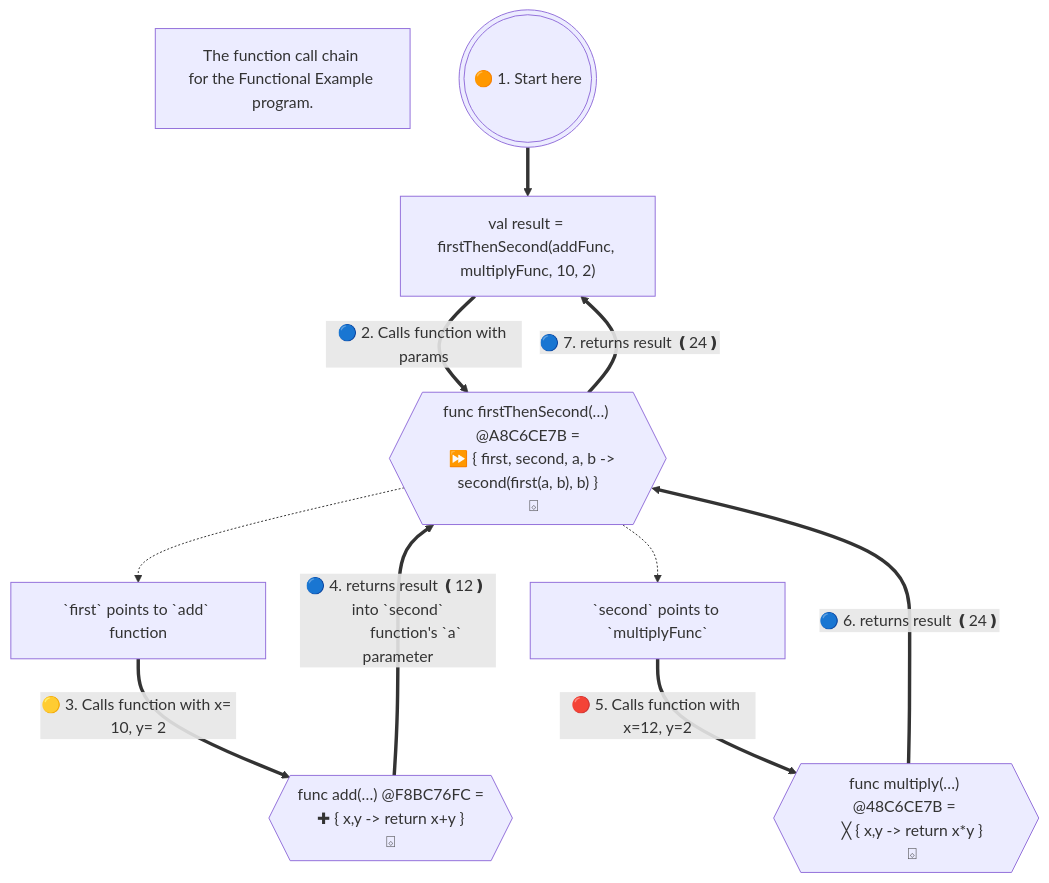
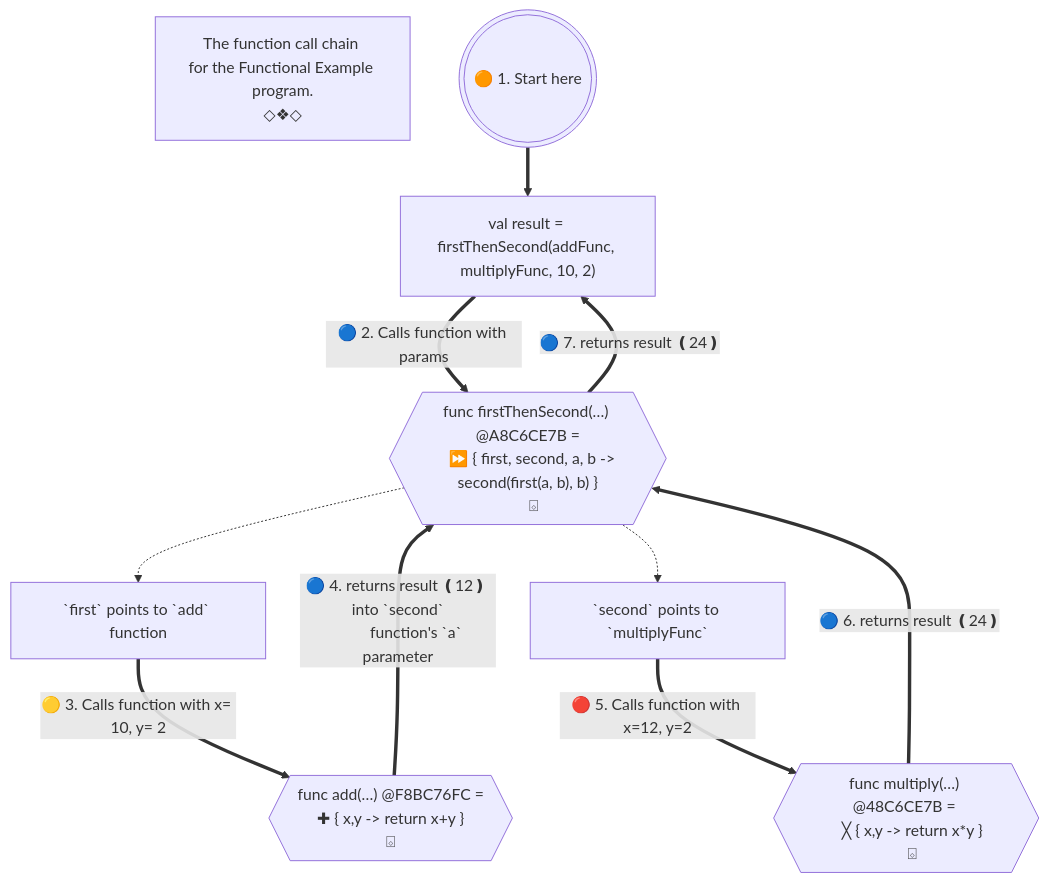
Before and after one commit to realityexpander/How_to_program_from_ground_up: the first of 2 diagrams in 10-FunctionalProgramming.md, drawn with Mermaid.

Commit message:
improve FP

````diff
--- a/10-FunctionalProgramming.md
+++ b/10-FunctionalProgramming.md
@@ -145,29 +145,31 @@
 ```mermaid
 flowchart TB
 
 note["The function call chain 
-for the Functional Example program."]
+for the Functional Example program.
+◇❖◇
+"]
 
 start((("🟠 1. Start here"))) ==> Z
 
 X[" `first` points to `add` function "] ==>|"🟡 3. Calls function with x= 10, y= 2"| addFn{{" 
    func add(…) @F8BC76FC =
    ✚ { x,y -> return x+y } 
    ⌺"}}
 Y[" `second` points to `multiplyFunc`"] ==>|"🔴 5. Calls function with x=12, y=2"| multiplyFn{{" 
    func multiply(…) @48C6CE7B = 
    ╳ { x,y -> return x*y }
    ⌺"}}
 Z["val result = firstThenSecond(addFunc, multiplyFunc, 10, 2)"] ==>|"🔵 2. Calls function with params"| firstThenSecondFunc{{" 
    func firstThenSecond(…) @A8C6CE7B =
    ⏩ { first, second, a, b -> second(first(a, b), b) }
    ⌺"}}
 
 addFn ==>|"🔵 4. returns result ❪12❫ into `second`
           function's `a` parameter"| firstThenSecondFunc
 multiplyFn ==>|"🔵 6. returns result ❪24❫"| firstThenSecondFunc
 firstThenSecondFunc ==>|"🔵 7. returns result ❪24❫"| Z
 firstThenSecondFunc -.-> X
 firstThenSecondFunc -.-> Y
 
 ```
````
